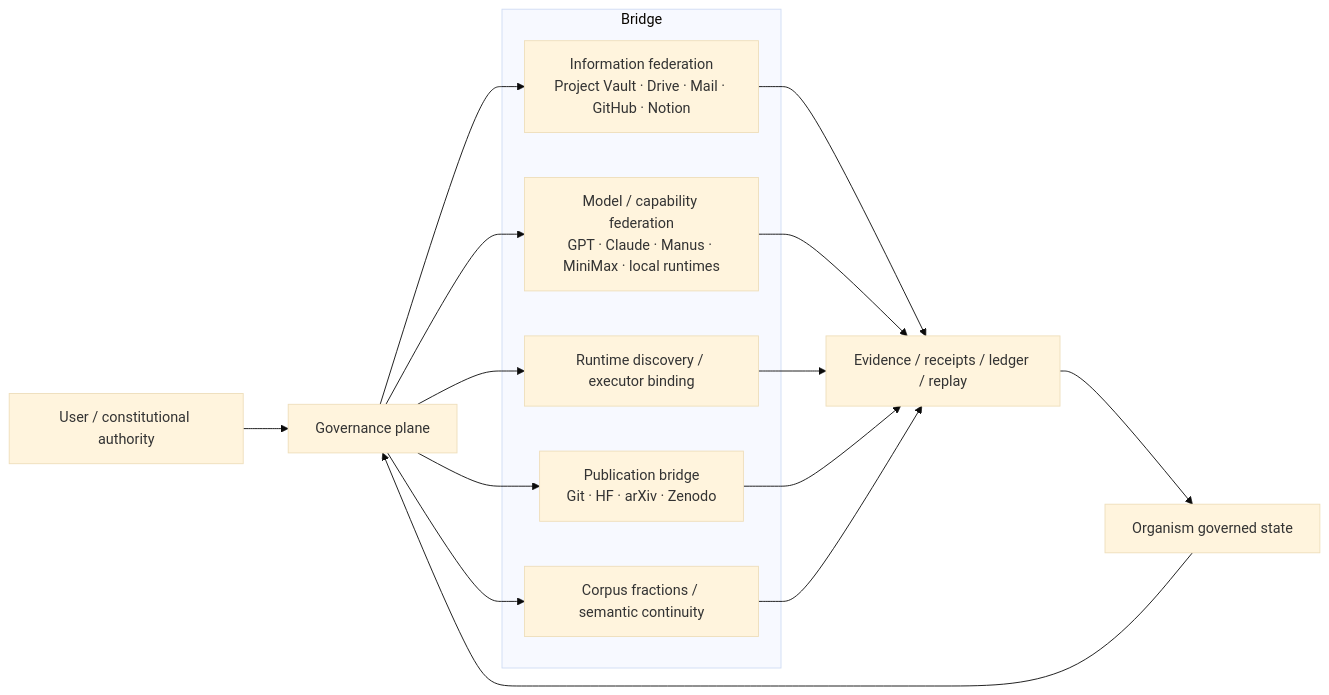
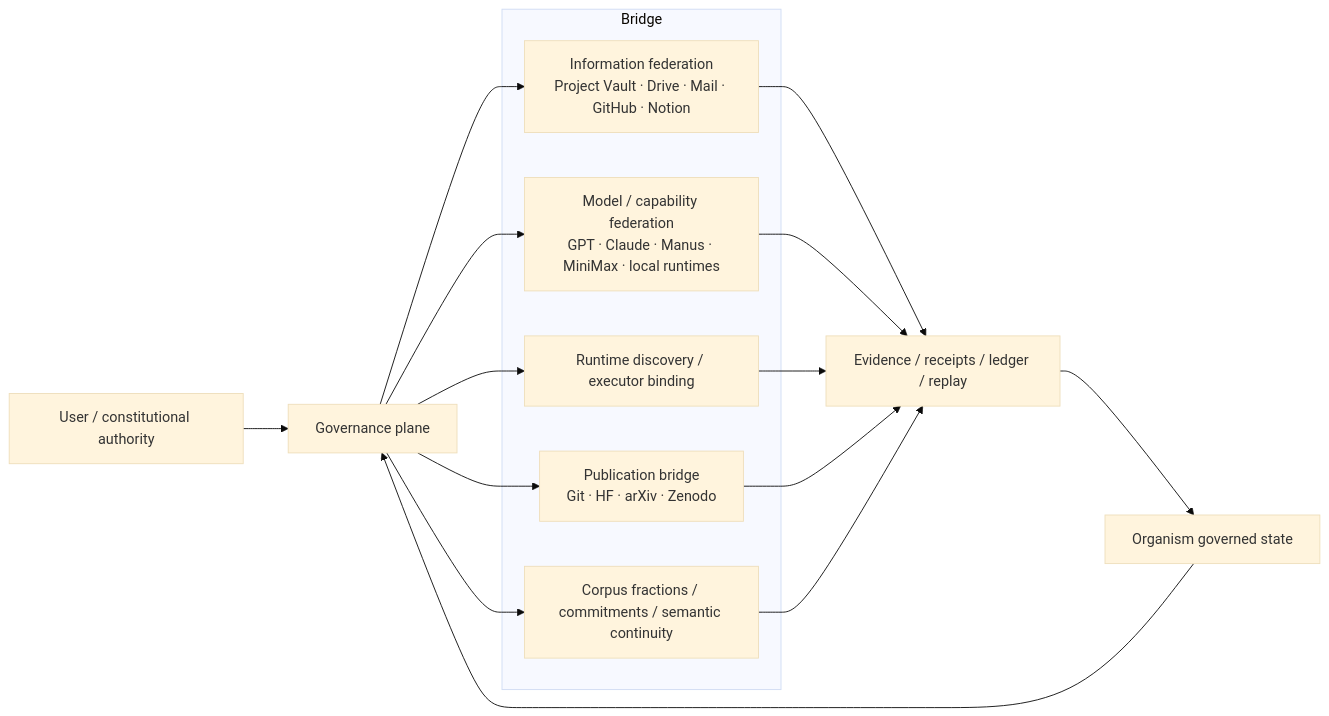
The fifth of 6 diagrams in docs/MATVERSE_SYSTEM_DIAGRAMS.md (MatVerse-py/Gpt-project-bridge), drawn with Mermaid (base theme) before and after one commit. The commit also changed other lines of this file, not shown here.

Commit message:
docs: update diagrams for commitments, coverage closure and CanPublish

````diff
--- a/docs/MATVERSE_SYSTEM_DIAGRAMS.md
+++ b/docs/MATVERSE_SYSTEM_DIAGRAMS.md
@@ -120,27 +133,27 @@
 ```mermaid
 flowchart LR
     U["User / constitutional authority"] --> G["Governance plane"]
 
     subgraph B["Bridge"]
       IF["Information federation\nProject Vault · Drive · Mail · GitHub · Notion"]
       MF["Model / capability federation\nGPT · Claude · Manus · MiniMax · local runtimes"]
       RD["Runtime discovery / executor binding"]
       PB["Publication bridge\nGit · HF · arXiv · Zenodo"]
-      CF["Corpus fractions / semantic continuity"]
+      CF["Corpus fractions / commitments / semantic continuity"]
     end
 
     G --> IF
     G --> MF
     G --> RD
     G --> PB
     G --> CF
 
     IF --> E["Evidence / receipts / ledger / replay"]
     MF --> E
     RD --> E
     PB --> E
     CF --> E
 
     E --> O["Organism governed state"]
     O --> G
 ```
````
